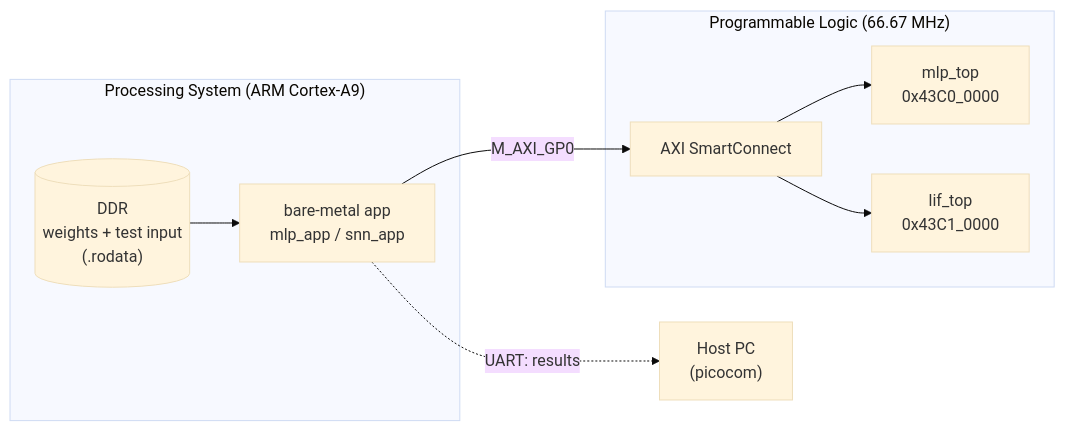
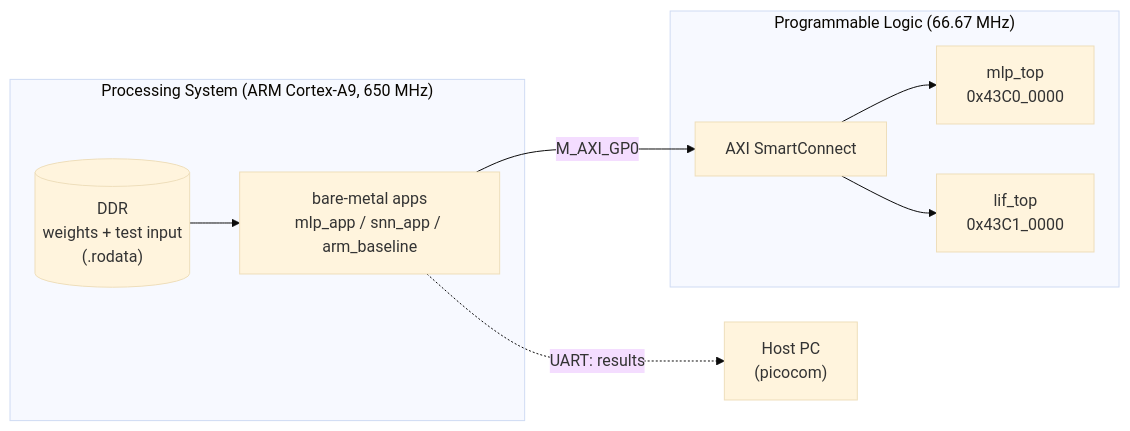
One commit to neemay2106/lif-vs-mlp-zynq changed the first of 3 diagrams in README.md. Above: the diagram before and after it, drawn with Mermaid (base theme). The commit also changed other lines of this file, not shown here.

````diff
--- a/README.md
+++ b/README.md
@@ -18,17 +31,17 @@
 ```mermaid
 flowchart LR
-    subgraph PS["Processing System (ARM Cortex-A9)"]
-        APP["bare-metal app<br/>mlp_app / snn_app"]
+    subgraph PS["Processing System (ARM Cortex-A9, 650 MHz)"]
+        APP["bare-metal apps<br/>mlp_app / snn_app / arm_baseline"]
         DDR[("DDR<br/>weights + test input<br/>(.rodata)")]
     end
     subgraph PL["Programmable Logic (66.67 MHz)"]
         SC["AXI SmartConnect"]
         MLP["mlp_top<br/>0x43C0_0000"]
         LIF["lif_top<br/>0x43C1_0000"]
     end
     DDR --> APP
     APP -- "M_AXI_GP0" --> SC
     SC --> MLP
     SC --> LIF
     APP -. "UART: results" .-> PC["Host PC<br/>(picocom)"]
 ```
````
